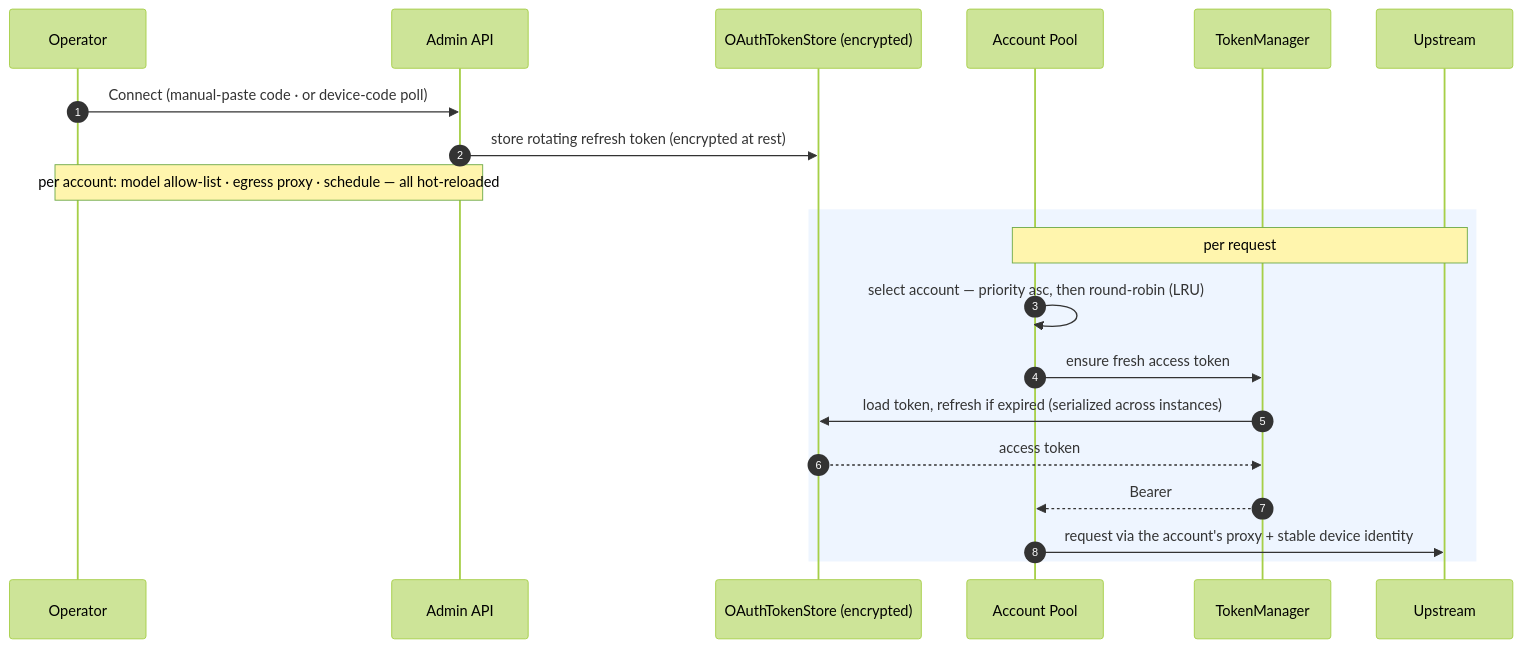
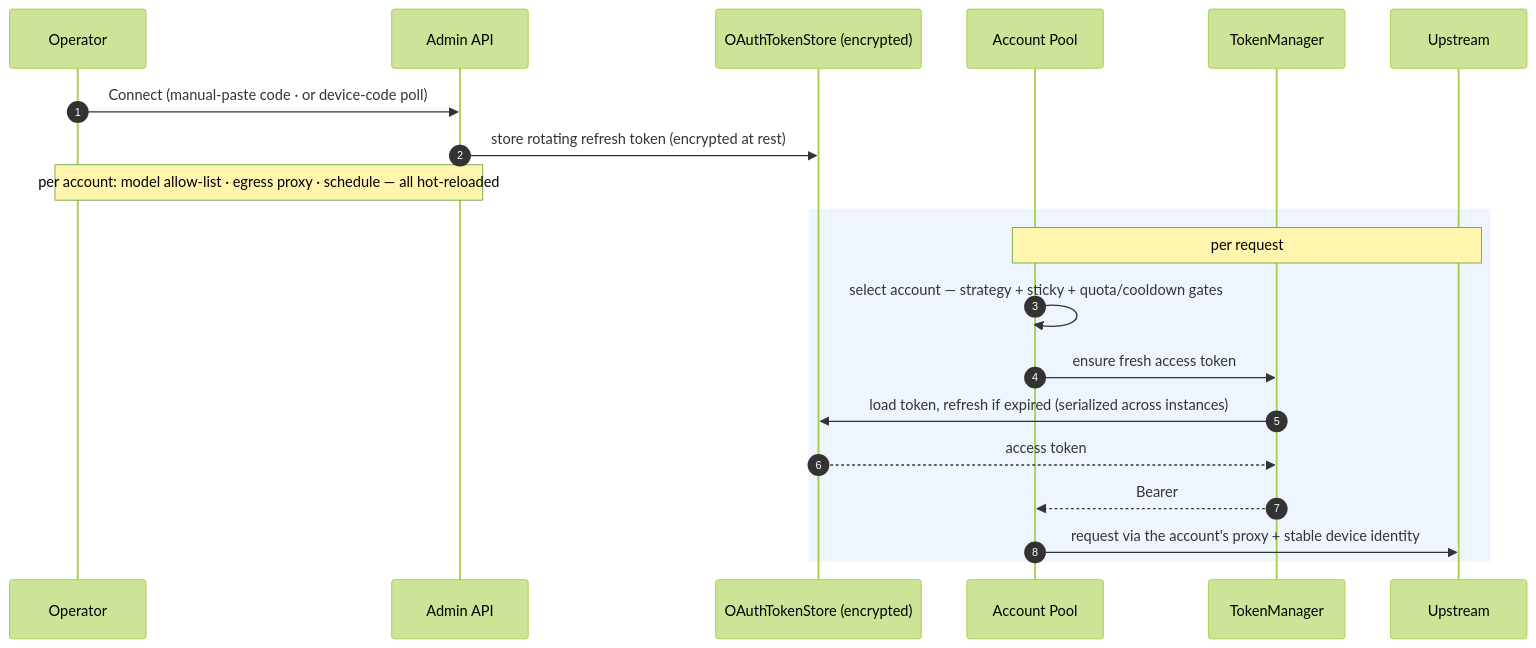
Diagram 12 of 13 in docs/architecture.md (EasyMetaAu/helm-api), drawn with Mermaid (forest theme) before and after one commit. The commit also changed other lines of this file and 18 other files, not shown here.

````diff
--- a/docs/architecture.md
+++ b/docs/architecture.md
@@ -445,24 +445,24 @@
 ```mermaid
 sequenceDiagram
     autonumber
     participant Op as Operator
     participant AD as Admin API
     participant TS as OAuthTokenStore (encrypted)
     participant Pool as Account Pool
     participant TM as TokenManager
     participant Up as Upstream
 
     Op->>AD: Connect (manual-paste code · or device-code poll)
     AD->>TS: store rotating refresh token (encrypted at rest)
     Note over Op,AD: per account: model allow-list · egress proxy · schedule — all hot-reloaded
 
     rect rgb(238,245,255)
     Note over Pool,Up: per request
-    Pool->>Pool: select account — priority asc, then round-robin (LRU)
+    Pool->>Pool: select account — strategy + sticky + quota/cooldown gates
     Pool->>TM: ensure fresh access token
     TM->>TS: load token, refresh if expired (serialized across instances)
     TS-->>TM: access token
     TM-->>Pool: Bearer
     Pool->>Up: request via the account's proxy + stable device identity
     end
 ```
````
